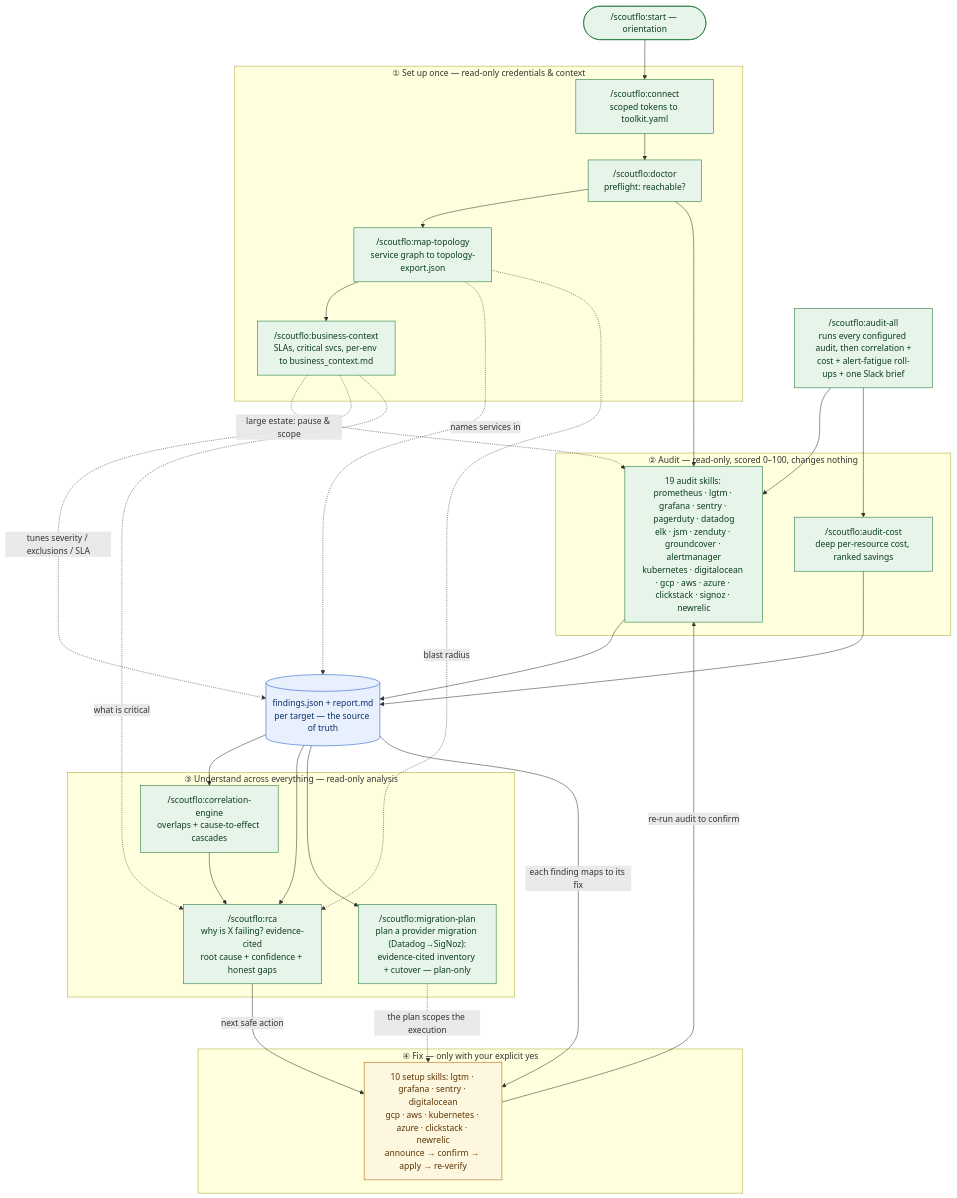
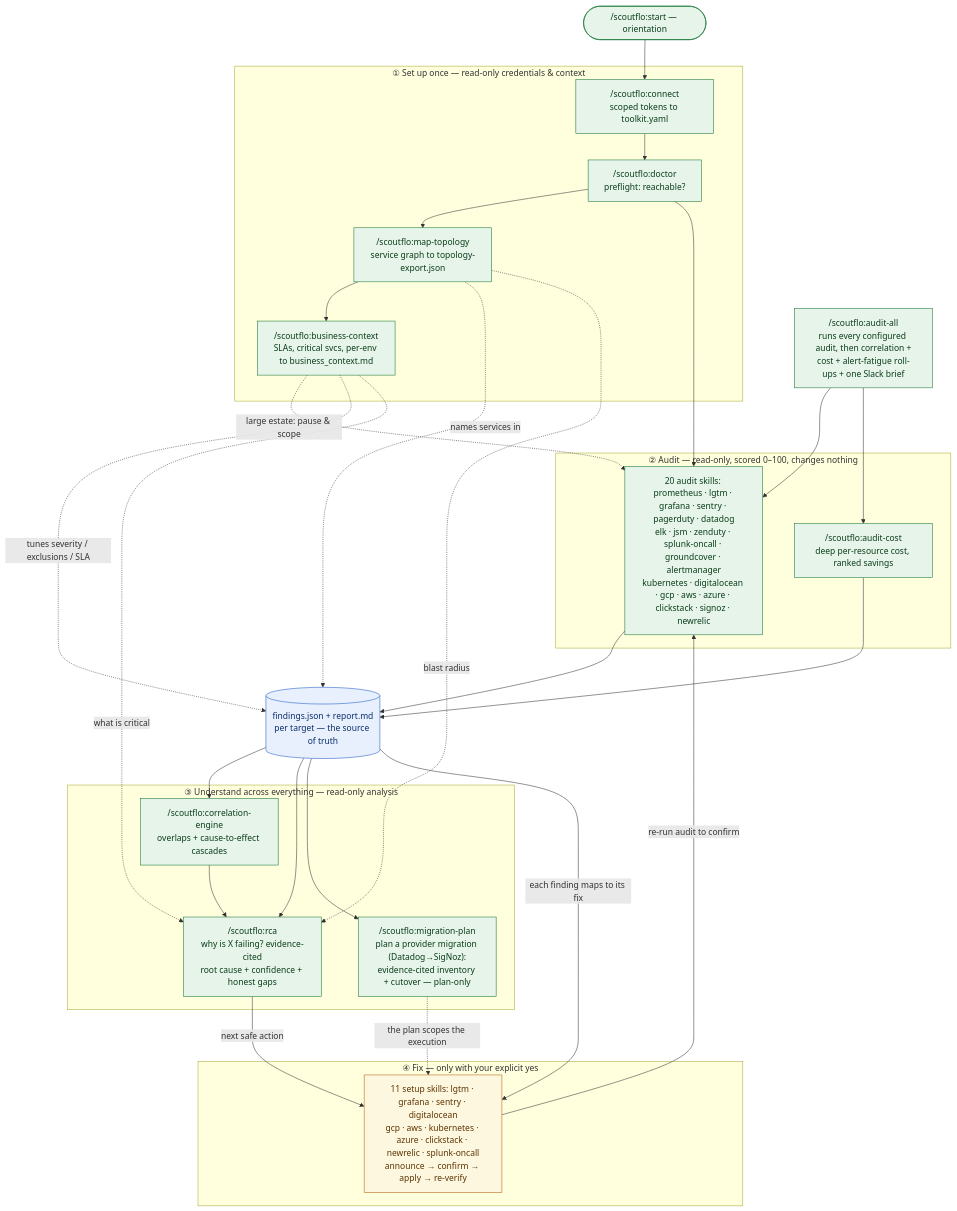
One commit to Scoutflo/ai-readiness changed the diagram in README.md. Above: the diagram before and after it, drawn with Mermaid. The commit also changed other lines of this file and 43 other files, not shown here.

Commit message:
feat: add Splunk On-Call audit and guarded team metadata setup

````diff
--- a/README.md
+++ b/README.md
@@ -20,57 +20,57 @@
 ```mermaid
 flowchart TD
     start(["/scoutflo:start — orientation"])
 
     subgraph SETUP["① Set up once — read-only credentials & context"]
         connect["/scoutflo:connect<br/>scoped tokens to toolkit.yaml"]
         doctor["/scoutflo:doctor<br/>preflight: reachable?"]
         topo["/scoutflo:map-topology<br/>service graph to topology-export.json"]
         bctx["/scoutflo:business-context<br/>SLAs, critical svcs, per-env to business_context.md"]
     end
 
     subgraph AUDIT["② Audit — read-only, scored 0–100, changes nothing"]
-        aud["19 audit skills: prometheus · lgtm · grafana · sentry · pagerduty · datadog<br/>elk · jsm · zenduty · groundcover · alertmanager<br/>kubernetes · digitalocean · gcp · aws · azure · clickstack · signoz · newrelic"]
+        aud["20 audit skills: prometheus · lgtm · grafana · sentry · pagerduty · datadog<br/>elk · jsm · zenduty · splunk-oncall · groundcover · alertmanager<br/>kubernetes · digitalocean · gcp · aws · azure · clickstack · signoz · newrelic"]
         cost["/scoutflo:audit-cost<br/>deep per-resource cost, ranked savings"]
     end
 
     all["/scoutflo:audit-all<br/>runs every configured audit, then correlation +<br/>cost + alert-fatigue roll-ups + one Slack brief"]
     findings[("findings.json + report.md<br/>per target — the source of truth")]
 
     subgraph CORRELATE["③ Understand across everything — read-only analysis"]
         corr["/scoutflo:correlation-engine<br/>overlaps + cause-to-effect cascades"]
         rca["/scoutflo:rca<br/>why is X failing? evidence-cited<br/>root cause + confidence + honest gaps"]
         mig["/scoutflo:migration-plan<br/>plan a provider migration (Datadog→SigNoz):<br/>evidence-cited inventory + cutover — plan-only"]
     end
 
     subgraph FIX["④ Fix — only with your explicit yes"]
-        setup["10 setup skills: lgtm · grafana · sentry · digitalocean<br/>gcp · aws · kubernetes · azure · clickstack · newrelic<br/>announce → confirm → apply → re-verify"]
+        setup["11 setup skills: lgtm · grafana · sentry · digitalocean<br/>gcp · aws · kubernetes · azure · clickstack · newrelic · splunk-oncall<br/>announce → confirm → apply → re-verify"]
     end
 
     start --> connect --> doctor
     doctor --> topo --> bctx
     bctx -.->|large estate: pause & scope| aud
     doctor --> aud
     aud --> findings
     cost --> findings
     all --> aud
     all --> cost
     topo -. names services in .-> findings
     bctx -. tunes severity / exclusions / SLA .-> findings
     findings --> corr
     corr --> rca
     topo -. blast radius .-> rca
     bctx -. what is critical .-> rca
     findings --> rca
     findings --> mig
     mig -.->|the plan scopes the execution| setup
     rca -->|next safe action| setup
     findings -->|each finding maps to its fix| setup
     setup -->|re-run audit to confirm| aud
 
     classDef ro fill:#e6f4ea,stroke:#137333,color:#0b3d1a;
     classDef write fill:#fef7e0,stroke:#b06000,color:#5c3400;
     classDef data fill:#e8f0fe,stroke:#1a56c4,color:#0b2e6b;
     class start,connect,doctor,topo,bctx,aud,cost,all,corr,rca,mig ro;
     class setup write;
     class findings data;
 ```
````
